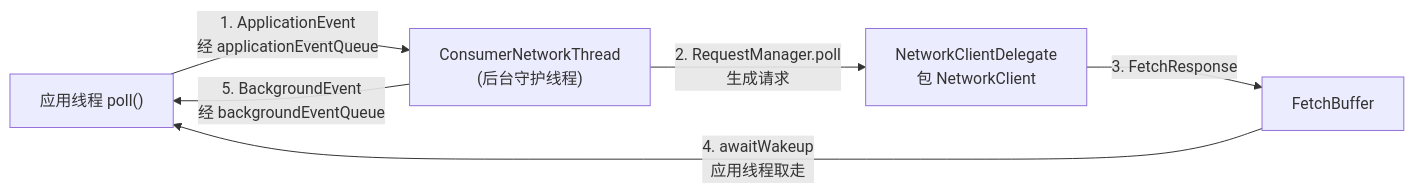
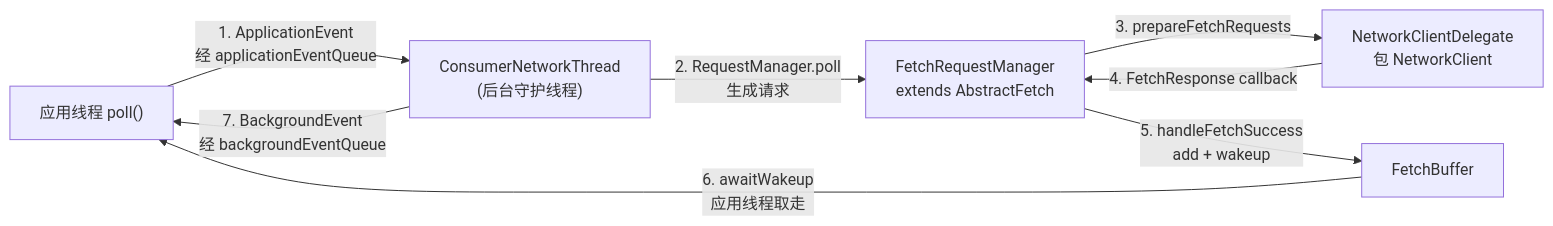
The third of 13 diagrams in clients/src/main/resources/KafkaConsumer消费链路源码解析.md (asprial-moon/kafka), drawn with Mermaid before and after one commit. The commit also changed other lines of this file and 1 other file, not shown here.

````diff
--- a/clients/src/main/resources/KafkaConsumer消费链路源码解析.md
+++ b/clients/src/main/resources/KafkaConsumer消费链路源码解析.md
@@ -125,8 +141,10 @@
 ```mermaid
 flowchart LR
     U["应用线程 poll()"] -->|"1. ApplicationEvent<br/>经 applicationEventQueue"| NT["ConsumerNetworkThread<br/>(后台守护线程)"]
-    NT -->|"2. RequestManager.poll<br/>生成请求"| NC["NetworkClientDelegate<br/>包 NetworkClient"]
-    NC -->|"3. FetchResponse"| FB["FetchBuffer"]
-    FB -->|"4. awaitWakeup<br/>应用线程取走"| U
-    NT -->|"5. BackgroundEvent<br/>经 backgroundEventQueue"| U
+    NT -->|"2. RequestManager.poll<br/>生成请求"| RM["FetchRequestManager<br/>extends AbstractFetch"]
+    RM -->|"3. prepareFetchRequests"| NC["NetworkClientDelegate<br/>包 NetworkClient"]
+    NC -->|"4. FetchResponse callback"| RM
+    RM -->|"5. handleFetchSuccess<br/>add + wakeup"| FB["FetchBuffer"]
+    FB -->|"6. awaitWakeup<br/>应用线程取走"| U
+    NT -->|"7. BackgroundEvent<br/>经 backgroundEventQueue"| U
 ```
````
